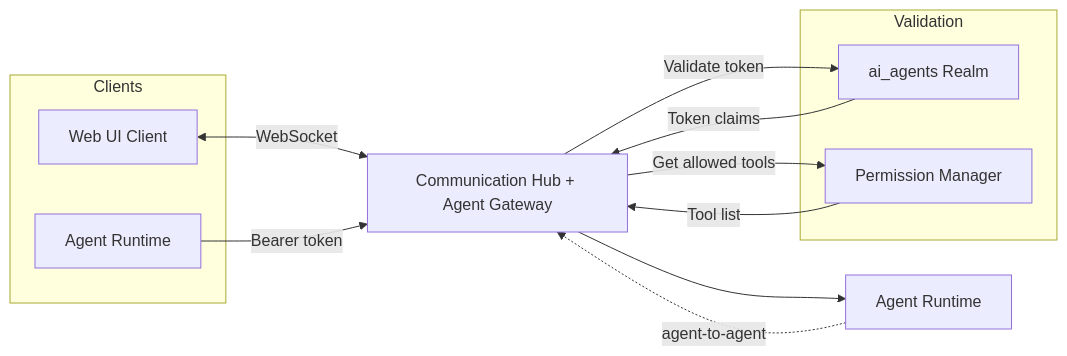
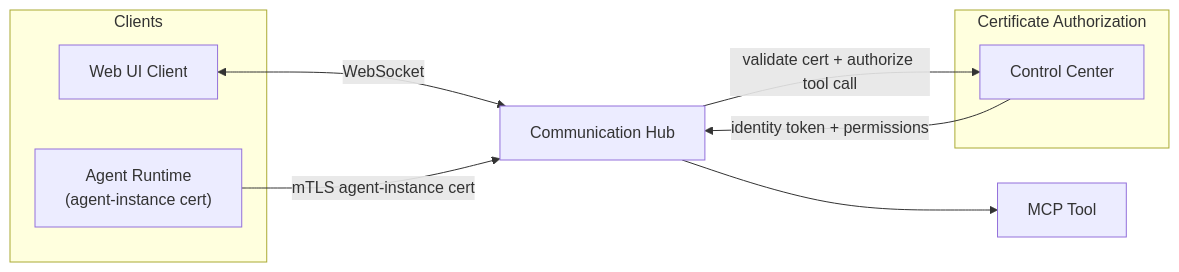
Before and after one commit to hurungang/parthenon: the diagram in docs/master/architecture/modules/communication.md, drawn with Mermaid. The commit also changed other lines of this file and 498 other files, not shown here.

````diff
--- a/docs/master/architecture/modules/communication.md
+++ b/docs/master/architecture/modules/communication.md
@@ -9,25 +9,21 @@
 ```mermaid
 flowchart LR
     subgraph Clients
         UI[Web UI Client]
-        Agent[Agent Runtime]
+        AR["Agent Runtime<br/>(agent-instance cert)"]
     end
 
-    CH[Communication Hub + Agent Gateway]
+    CH[Communication Hub]
 
-    subgraph Validation
-        IdP[ai_agents Realm]
-        APM[Permission Manager]
+    subgraph CertAuth[Certificate Authorization]
+        CC[Control Center]
     end
 
-    AR[Agent Runtime]
+    Tool[MCP Tool]
 
     UI <-->|WebSocket| CH
-    Agent -->|Bearer token| CH
-    CH -->|Validate token| IdP
-    IdP -->|Token claims| CH
-    CH -->|Get allowed tools| APM
-    APM -->|Tool list| CH
-    CH --> AR
-    AR -.->|agent-to-agent| CH
+    AR -->|mTLS agent-instance cert| CH
+    CH -->|validate cert + authorize tool call| CC
+    CC -->|identity token + permissions| CH
+    CH --> Tool
 ```
````
